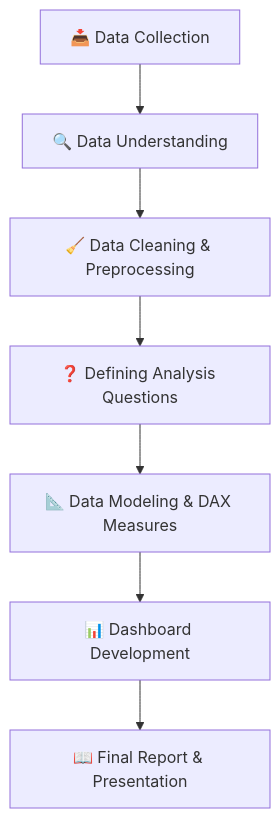
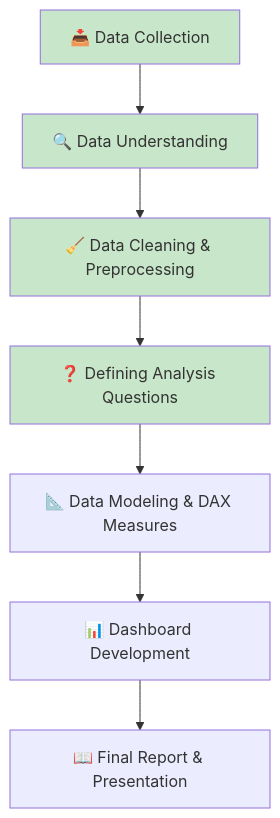
The diagram in README.md (Mahmoud-Abd-Elmouty/Human-Resources-Dataset-Analysis), drawn with Mermaid before and after one commit. The commit also changed other lines of this file, not shown here.

````diff
--- a/README.md
+++ b/README.md
@@ -68,9 +68,13 @@
 ```mermaid
 graph TD
 A[📥 Data Collection] --> B[🔍 Data Understanding]
 B --> C[🧹 Data Cleaning & Preprocessing]
 C --> D[❓ Defining Analysis Questions]
 D --> E[📐 Data Modeling & DAX Measures]
 E --> F[📊 Dashboard Development]
 F --> G[📖 Final Report & Presentation]
+style A fill:#c8e6c9
+style B fill:#c8e6c9
+style C fill:#c8e6c9
+style D fill:#c8e6c9
 ```
````
